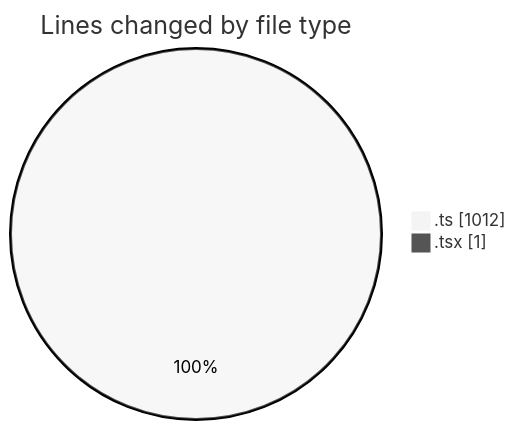
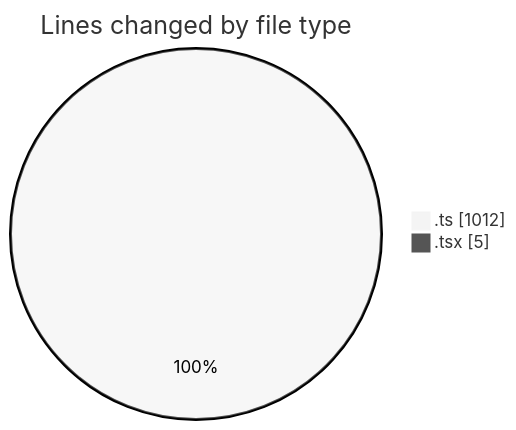
The first of 2 diagrams in 2026-05-04/nxtqube_webapp/README.md (nxtqubesakshisongat/code-tracking), drawn with Mermaid (neutral theme) before and after one commit. The commit also changed other lines of this file and 1 other file, not shown here.

````diff
--- a/2026-05-04/nxtqube_webapp/README.md
+++ b/2026-05-04/nxtqube_webapp/README.md
@@ -22,6 +22,6 @@
 ```mermaid
 pie showData
 title Lines changed by file type
 ".ts" : 1012
-".tsx" : 1
+".tsx" : 5
 ```
````
